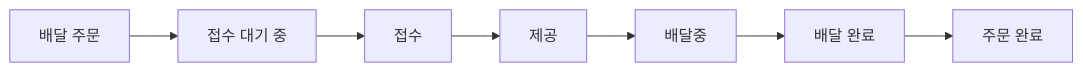
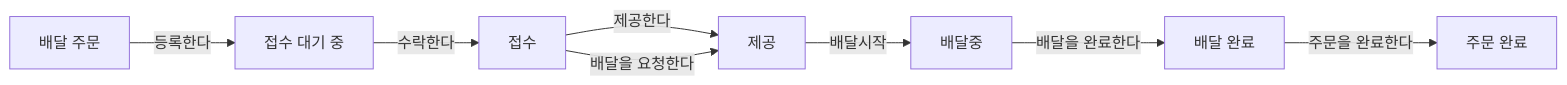
Before and after one commit to wsdf25867/ddd-strategic-design: the first of 3 diagrams in README.md, drawn with Mermaid. The commit also changed other lines of this file, not shown here.

````diff
--- a/README.md
+++ b/README.md
@@ -248,4 +248,5 @@
 ```mermaid
 flowchart LR
-    deliveryOrder[배달 주문] --> waiting[접수 대기 중] --> accepted[접수] --> served[제공] --> delivering[배달중] --> delivered[배달 완료] --> completed[주문 완료]
+    deliveryOrder[배달 주문] -- 등록한다 --> waiting[접수 대기 중] -- 수락한다 --> accepted[접수] -- 제공한다 --> served[제공] -- 배달시작 --> delivering[배달중] -- 배달을 완료한다 --> delivered[배달 완료] -- 주문을 완료한다 --> completed[주문 완료]
+    accepted -- 배달을 요청한다 --> served
 ```
````
